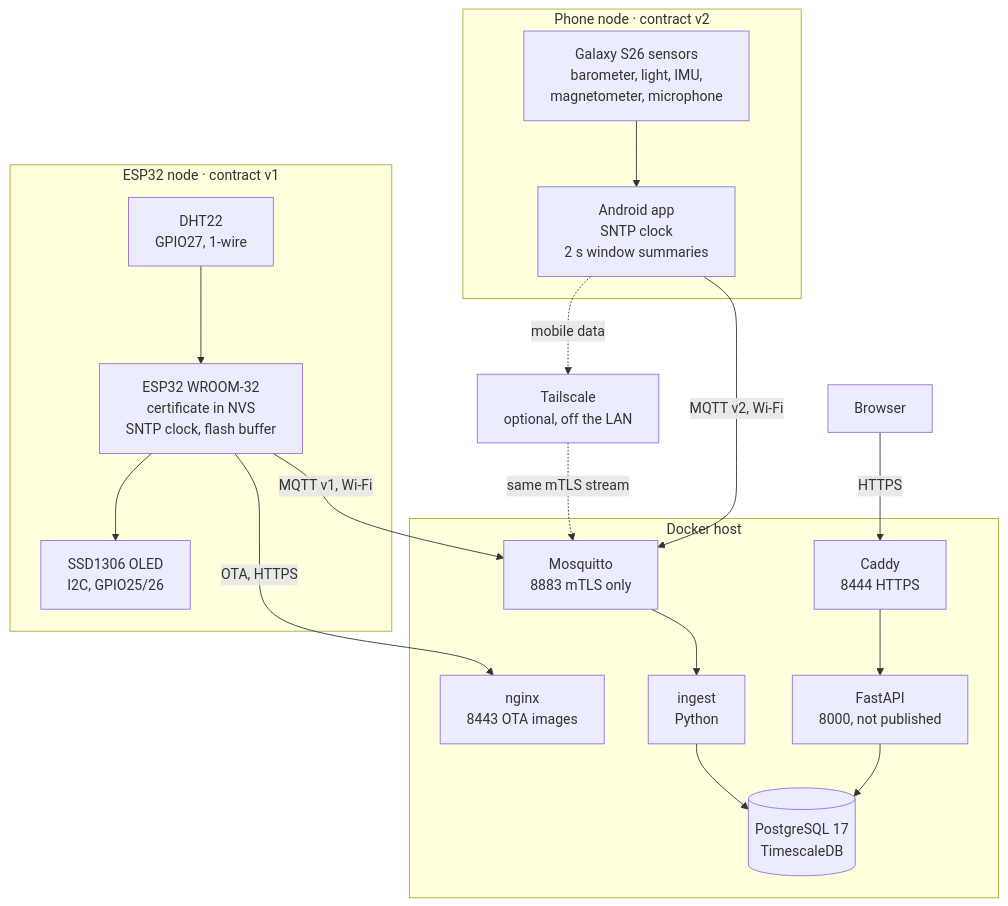
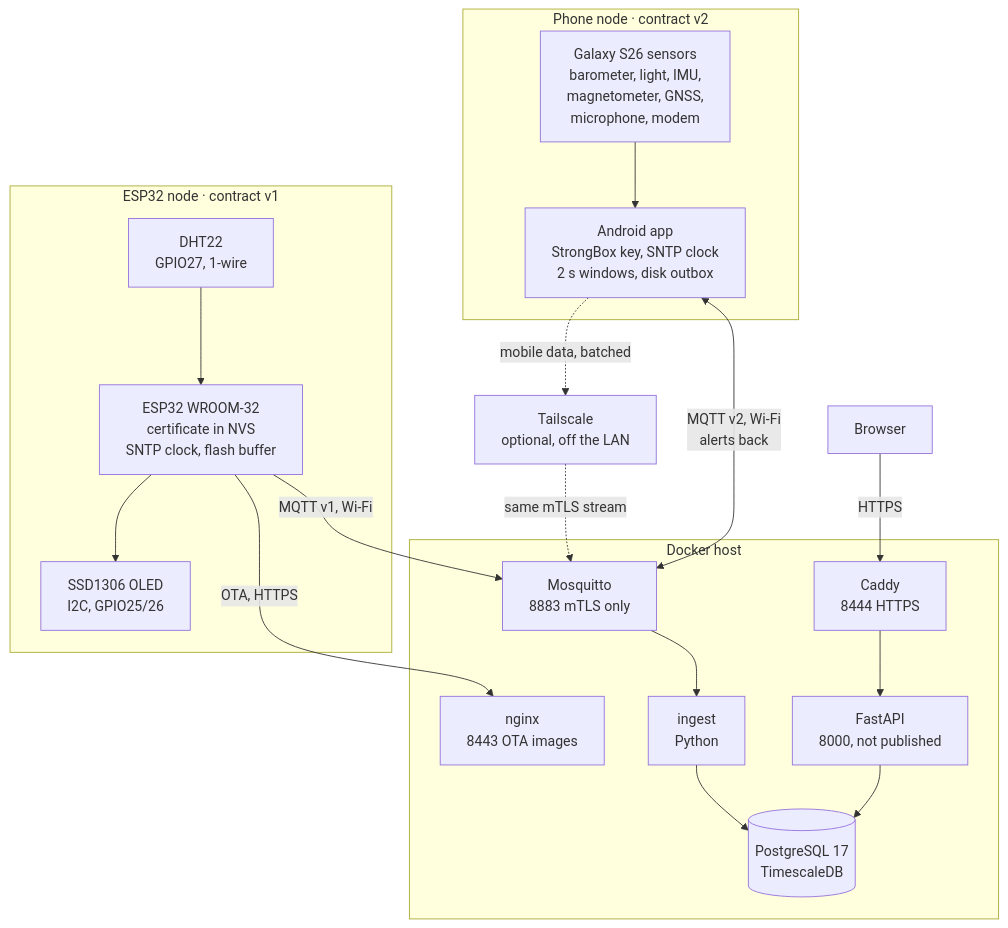
Before and after one commit to Zoel-Manchon/psychron: the first of 5 diagrams in README.md, drawn with Mermaid. The commit also changed other lines of this file and 5 other files, not shown here.

````diff
--- a/README.md
+++ b/README.md
@@ -33,41 +33,41 @@
 ```mermaid
 flowchart TB
     BROWSER["Browser"]
 
     subgraph phone["Phone node · contract v2"]
-        SNS["Galaxy S26 sensors<br/>barometer, light, IMU,<br/>magnetometer, microphone"]
-        APP["Android app<br/>SNTP clock<br/>2 s window summaries"]
+        SNS["Galaxy S26 sensors<br/>barometer, light, IMU,<br/>magnetometer, GNSS,<br/>microphone, modem"]
+        APP["Android app<br/>StrongBox key, SNTP clock<br/>2 s windows, disk outbox"]
         SNS --> APP
     end
 
     TUN["Tailscale<br/>optional, off the LAN"]
 
     subgraph esp["ESP32 node · contract v1"]
         DHT["DHT22<br/>GPIO27, 1-wire"]
         ESP["ESP32 WROOM-32<br/>certificate in NVS<br/>SNTP clock, flash buffer"]
         OLED["SSD1306 OLED<br/>I2C, GPIO25/26"]
         DHT --> ESP
         ESP --> OLED
     end
 
     subgraph host["Docker host"]
         WEB["Caddy<br/>8444 HTTPS"]
         BRK["Mosquitto<br/>8883 mTLS only"]
         FW["nginx<br/>8443 OTA images"]
         API["FastAPI<br/>8000, not published"]
         ING["ingest<br/>Python"]
         DB[("PostgreSQL 17<br/>TimescaleDB")]
         WEB --> API
         BRK --> ING
         BRK ~~~ FW
         API --> DB
         ING --> DB
     end
 
     BROWSER -->|"HTTPS"| WEB
-    APP -->|"MQTT v2, Wi-Fi"| BRK
-    APP -.->|"mobile data"| TUN
+    APP <-->|"MQTT v2, Wi-Fi<br/>alerts back"| BRK
+    APP -.->|"mobile data, batched"| TUN
     TUN -.->|"same mTLS stream"| BRK
     ESP -->|"MQTT v1, Wi-Fi"| BRK
     ESP -->|"OTA, HTTPS"| FW
 ```
````
